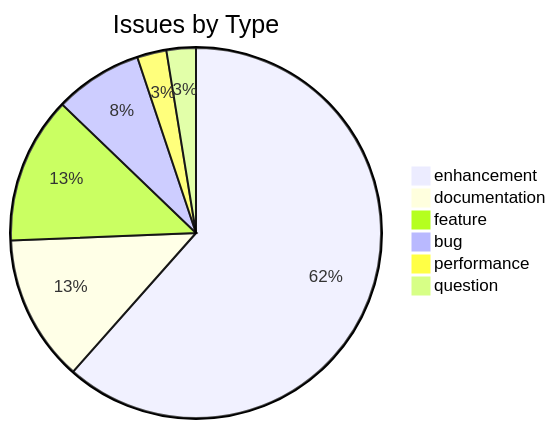
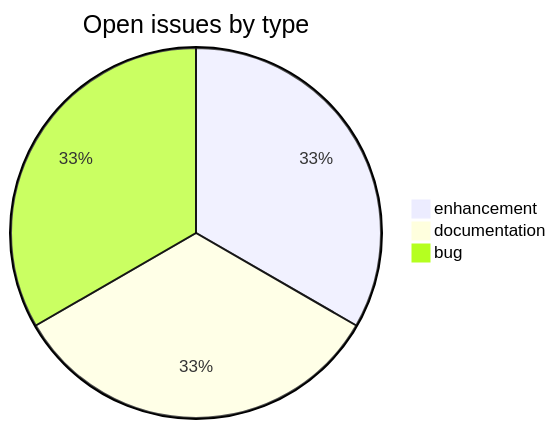
One commit to sanskrit-lexicon/csl-app changed the first of 2 diagrams in README.md. Above: the diagram before and after it, drawn with Mermaid. The commit also changed other lines of this file, not shown here.

````diff
--- a/README.md
+++ b/README.md
@@ -17,9 +28,6 @@
 ```mermaid
-pie title Issues by Type
-    "enhancement" : 24
-    "documentation" : 5
-    "feature" : 5
-    "bug" : 3
-    "performance" : 1
-    "question" : 1
+pie title Open issues by type
+    "enhancement" : 1
+    "documentation" : 1
+    "bug" : 1
 ```
````
